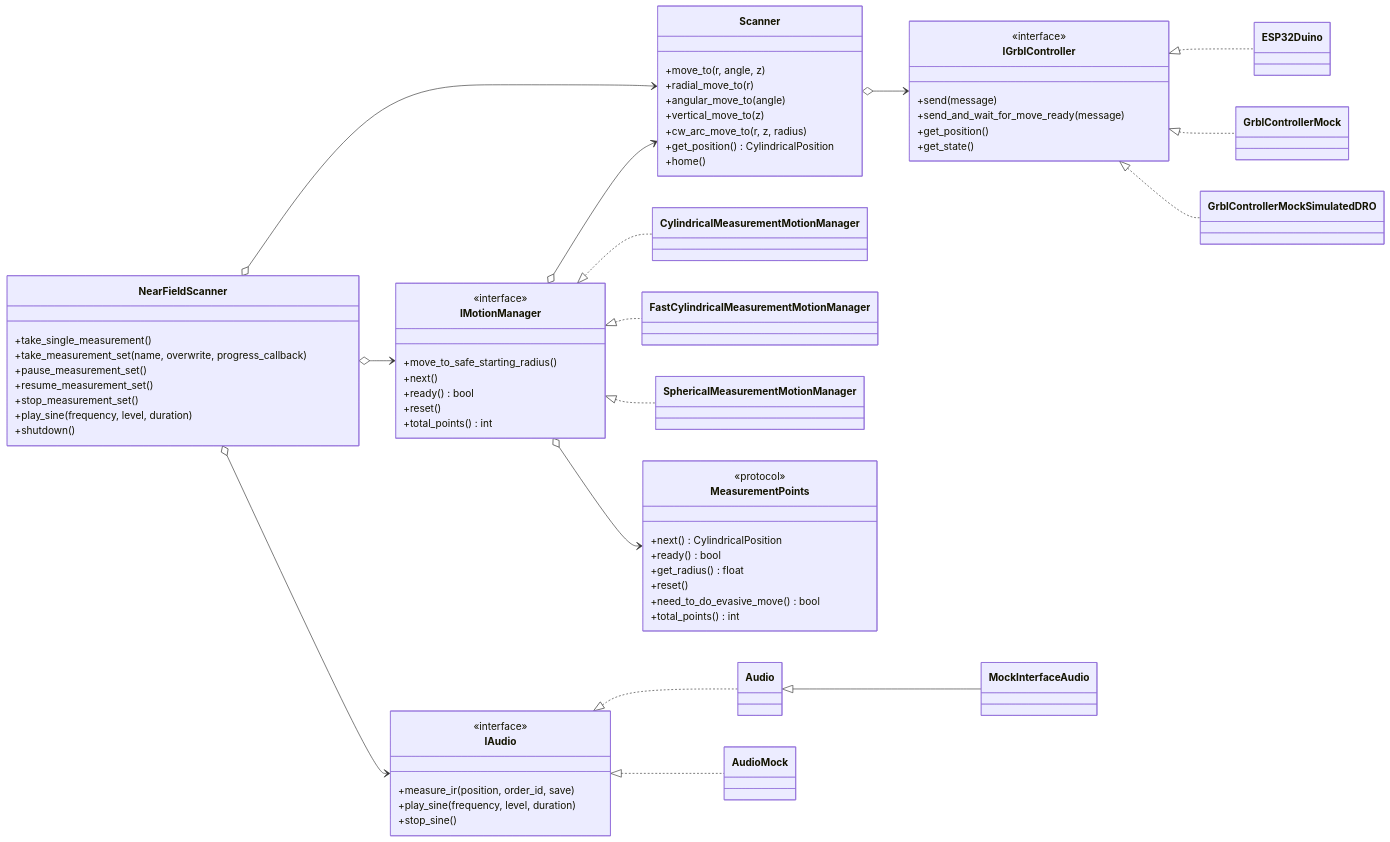
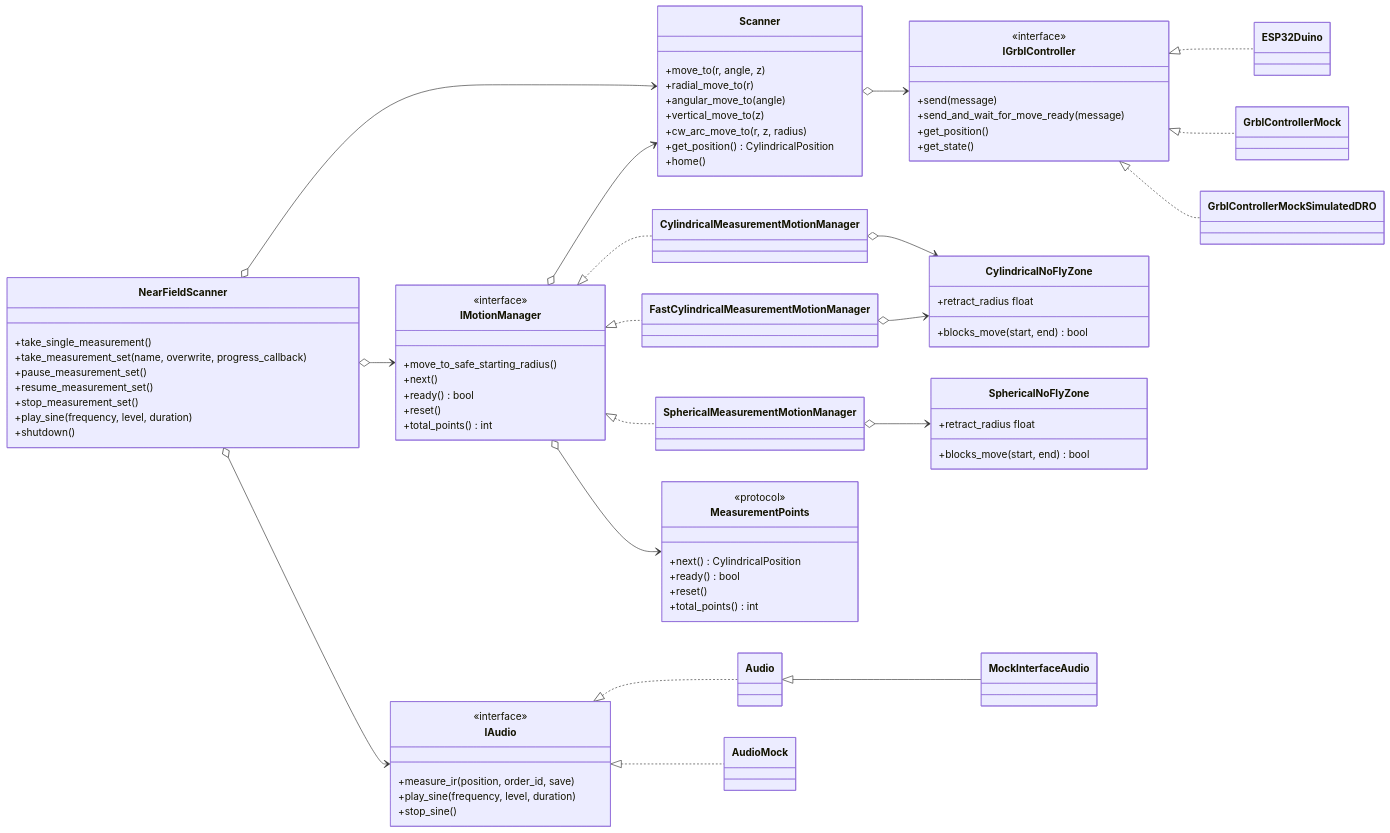
Before and after one commit to TomKamphuys/NFS: the second of 6 diagrams in docs/architecture.md, drawn with Mermaid. The commit also changed 22 other files, not shown here.

Commit message:
Refactor motion management: remove `need_to_do_evasive_move` and `get_radius` from measurement points, add no-fly zone checks to motion managers, and improve no-fly zone configuration and APIs. Match tests and docs to updated responsibilities.

````diff
--- a/docs/architecture.md
+++ b/docs/architecture.md
@@ -118,10 +118,17 @@
         <<protocol>>
         +next() CylindricalPosition
         +ready() bool
-        +get_radius() float
         +reset()
-        +need_to_do_evasive_move() bool
         +total_points() int
+    }
+
+    class CylindricalNoFlyZone {
+        +blocks_move(start, end) bool
+        +retract_radius float
+    }
+    class SphericalNoFlyZone {
+        +blocks_move(start, end) bool
+        +retract_radius float
     }
 
     class IAudio {
@@ -152,4 +159,7 @@
     Scanner o--> IGrblController
     IMotionManager o--> Scanner
     IMotionManager o--> MeasurementPoints
+    CylindricalMeasurementMotionManager o--> CylindricalNoFlyZone
+    FastCylindricalMeasurementMotionManager o--> CylindricalNoFlyZone
+    SphericalMeasurementMotionManager o--> SphericalNoFlyZone
 ```
````
